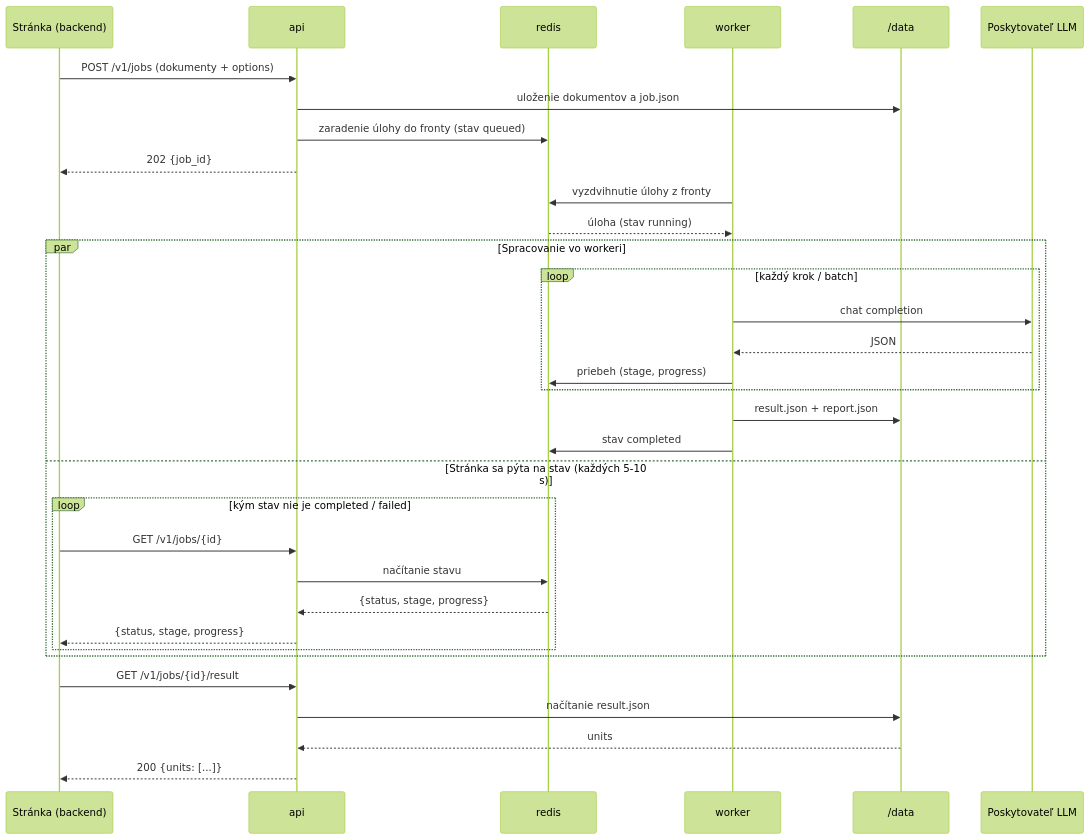
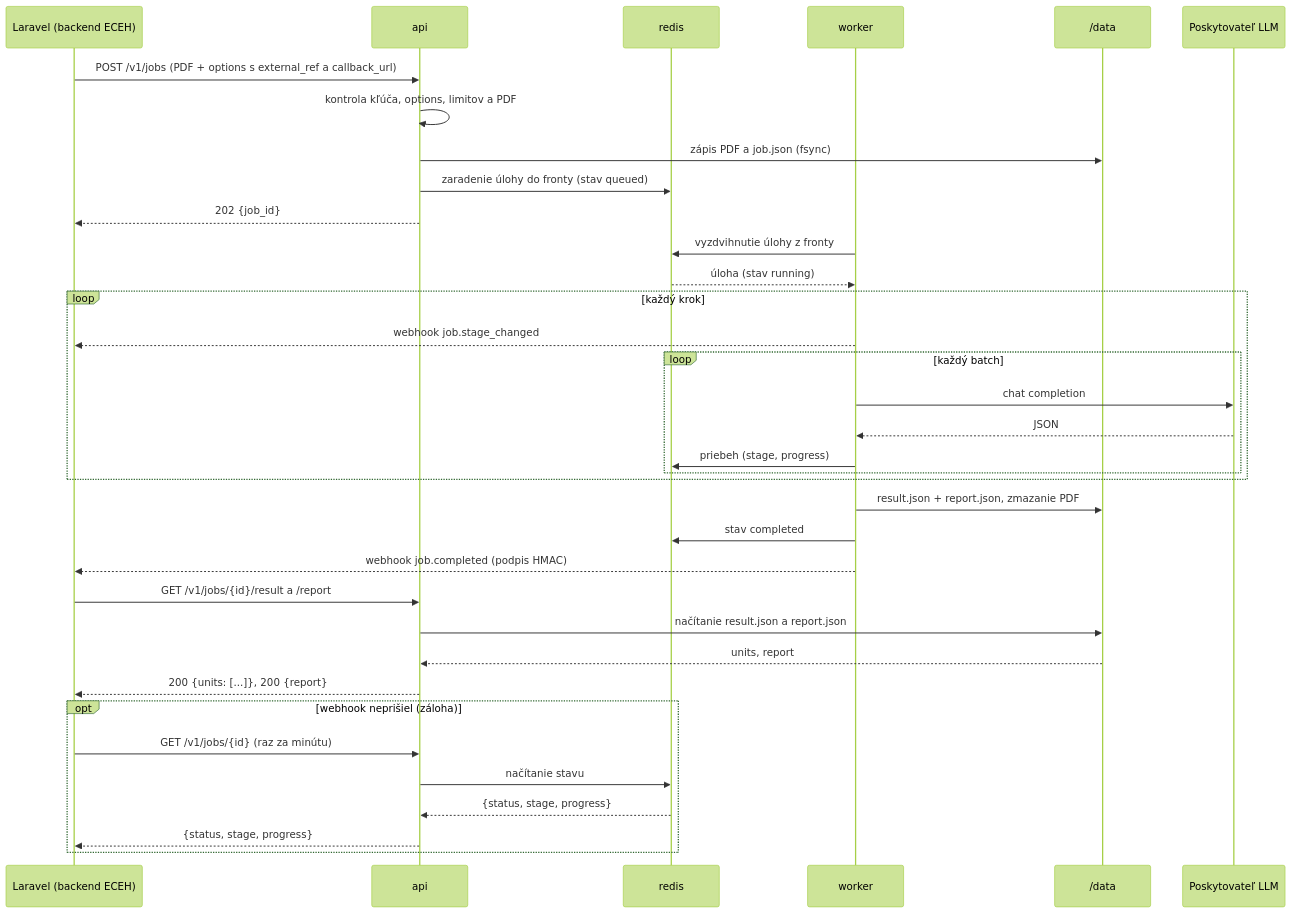
One commit to Matik080/LO-Generator changed the first of 3 diagrams in docs/api-design.md. Above: the diagram before and after it, drawn with Mermaid (forest theme). The commit also changed other lines of this file and 1 other file, not shown here.

````diff
--- a/docs/api-design.md
+++ b/docs/api-design.md
@@ -140,36 +164,38 @@
 ```mermaid
 sequenceDiagram
-    participant P as Stránka (backend)
+    participant P as Laravel (backend ECEH)
     participant API as api
     participant R as redis
     participant W as worker
     participant D as /data
     participant LLM as Poskytovateľ LLM
 
-    P->>API: POST /v1/jobs (dokumenty + options)
-    API->>D: uloženie dokumentov a job.json
+    P->>API: POST /v1/jobs (PDF + options s external_ref a callback_url)
+    API->>API: kontrola kľúča, options, limitov a PDF
+    API->>D: zápis PDF a job.json (fsync)
     API->>R: zaradenie úlohy do fronty (stav queued)
     API-->>P: 202 {job_id}
     W->>R: vyzdvihnutie úlohy z fronty
     R-->>W: úloha (stav running)
-    par Spracovanie vo workeri
-        loop každý krok / batch
+    loop každý krok
+        W-->>P: webhook job.stage_changed
+        loop každý batch
             W->>LLM: chat completion
             LLM-->>W: JSON
             W->>R: priebeh (stage, progress)
         end
-        W->>D: result.json + report.json
-        W->>R: stav completed
-    and Stránka sa pýta na stav (každých 5-10 s)
-        loop kým stav nie je completed / failed
-            P->>API: GET /v1/jobs/{id}
-            API->>R: načítanie stavu
-            R-->>API: {status, stage, progress}
-            API-->>P: {status, stage, progress}
-        end
     end
-    P->>API: GET /v1/jobs/{id}/result
-    API->>D: načítanie result.json
-    D-->>API: units
-    API-->>P: 200 {units: [...]}
+    W->>D: result.json + report.json, zmazanie PDF
+    W->>R: stav completed
+    W-->>P: webhook job.completed (podpis HMAC)
+    P->>API: GET /v1/jobs/{id}/result a /report
+    API->>D: načítanie result.json a report.json
+    D-->>API: units, report
+    API-->>P: 200 {units: [...]}, 200 {report}
+    opt webhook neprišiel (záloha)
+        P->>API: GET /v1/jobs/{id} (raz za minútu)
+        API->>R: načítanie stavu
+        R-->>API: {status, stage, progress}
+        API-->>P: {status, stage, progress}
+    end
 ```
````
